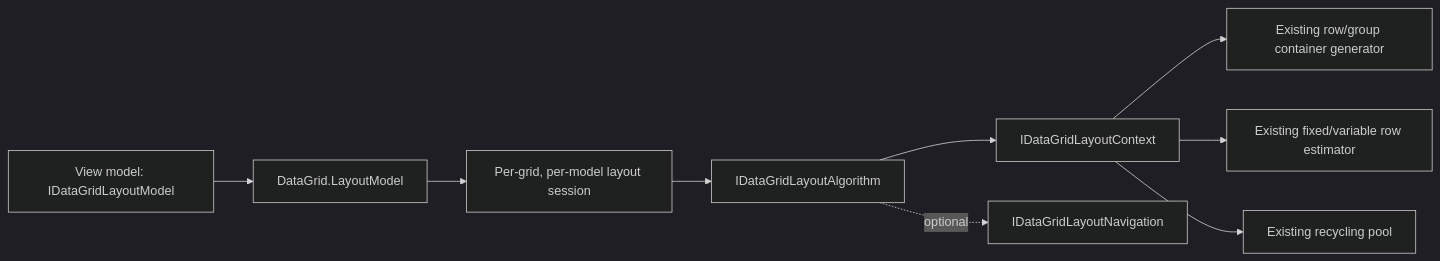
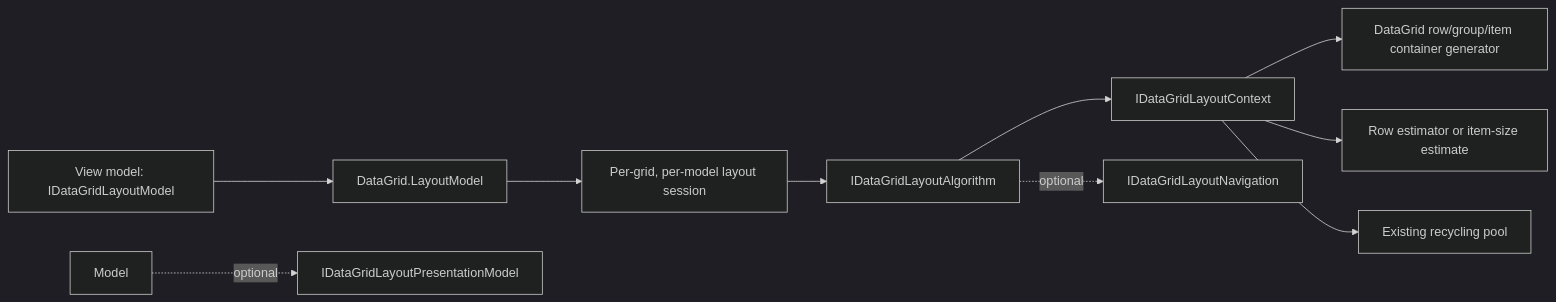
Before and after one commit to wieslawsoltes/ProDataGrid: the diagram in docfx/articles/model-based-layouts.md, drawn with Mermaid (dark theme). The commit also changed other lines of this file and 8 other files, not shown here.

````diff
--- a/docfx/articles/model-based-layouts.md
+++ b/docfx/articles/model-based-layouts.md
@@ -12,11 +12,12 @@
 ```mermaid
 flowchart LR
     VM["View model: IDataGridLayoutModel"] --> Grid["DataGrid.LayoutModel"]
     Grid --> Session["Per-grid, per-model layout session"]
     Session --> Algorithm["IDataGridLayoutAlgorithm"]
     Algorithm --> Context["IDataGridLayoutContext"]
-    Context --> Generator["Existing row/group container generator"]
-    Context --> Estimator["Existing fixed/variable row estimator"]
+    Model -. optional .-> Presentation["IDataGridLayoutPresentationModel"]
+    Context --> Generator["DataGrid row/group/item container generator"]
+    Context --> Estimator["Row estimator or item-size estimate"]
     Context --> Recycler["Existing recycling pool"]
     Algorithm -. optional .-> Navigation["IDataGridLayoutNavigation"]
 ```
````
